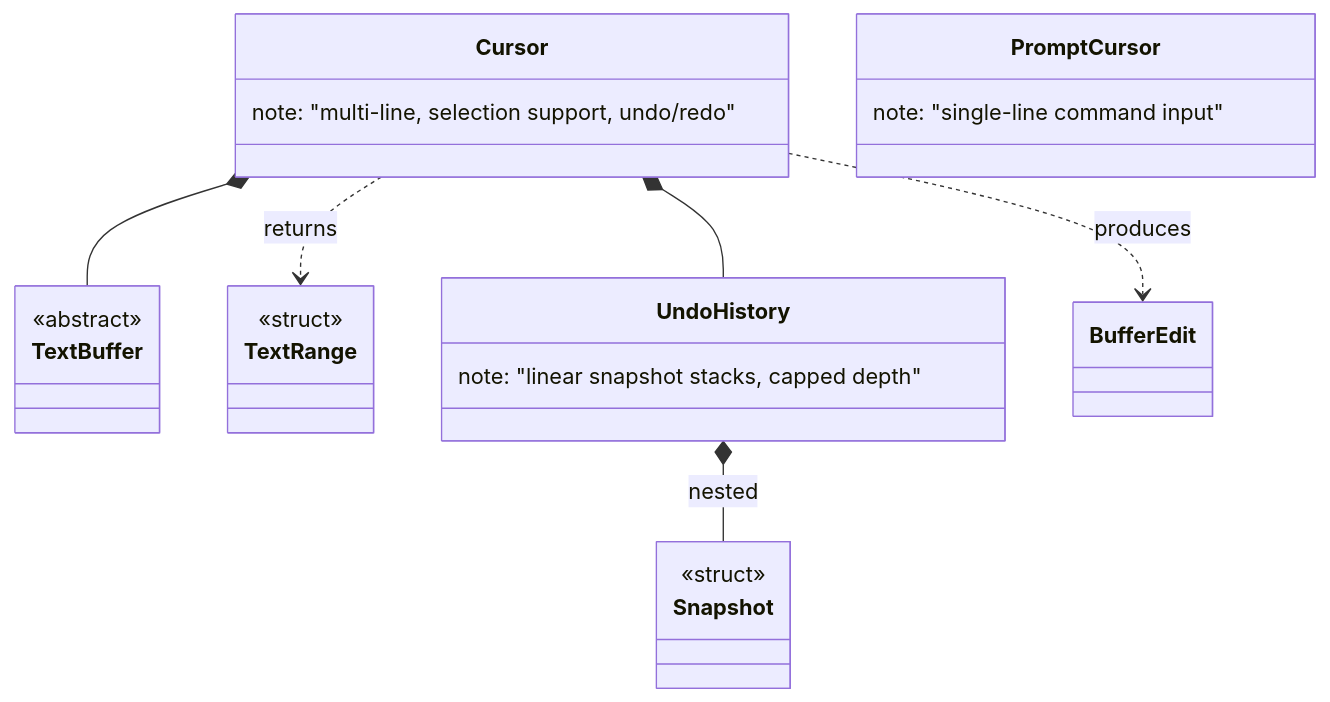
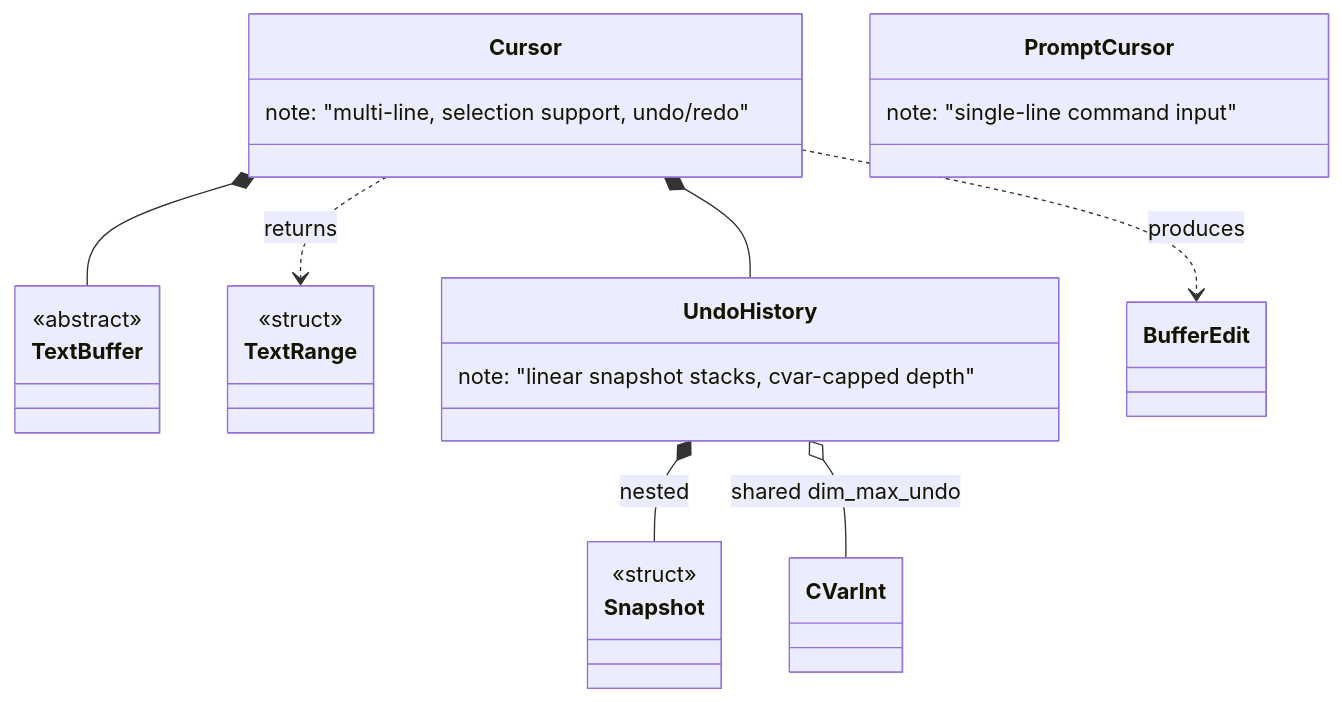
One commit to notnotme/bbloc changed the fourth of 10 diagrams in docs/class_diagram.md. Above: the diagram before and after it, drawn with Mermaid. The commit also changed other lines of this file and 13 other files, not shown here.

````diff
--- a/docs/class_diagram.md
+++ b/docs/class_diagram.md
@@ -92,27 +92,29 @@
 ```mermaid
 classDiagram
     class Cursor {
         note: "multi-line, selection support, undo/redo"
     }
     class PromptCursor {
         note: "single-line command input"
     }
     class TextBuffer {
         <<abstract>>
     }
     class TextRange {
         <<struct>>
     }
     class UndoHistory {
-        note: "linear snapshot stacks, capped depth"
+        note: "linear snapshot stacks, cvar-capped depth"
     }
     class Snapshot {
         <<struct>>
     }
+    class CVarInt
 
     Cursor *-- TextBuffer
     Cursor *-- UndoHistory
     UndoHistory *-- Snapshot : nested
+    UndoHistory o-- CVarInt : shared dim_max_undo
     Cursor ..> TextRange : returns
     Cursor ..> BufferEdit : produces
 ```
````
